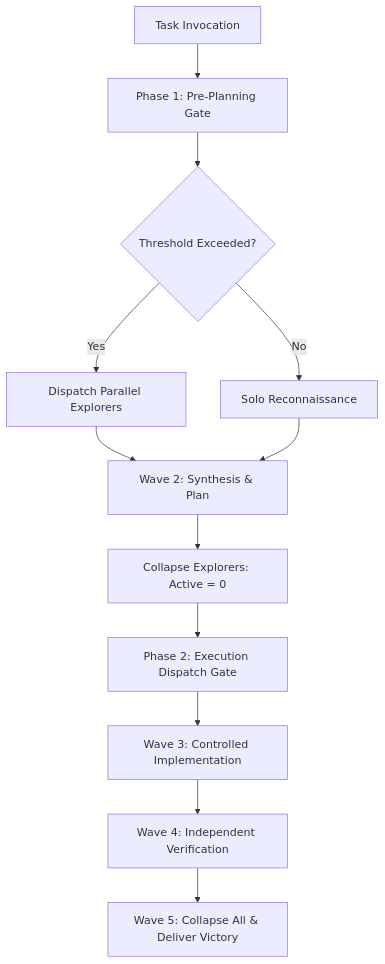
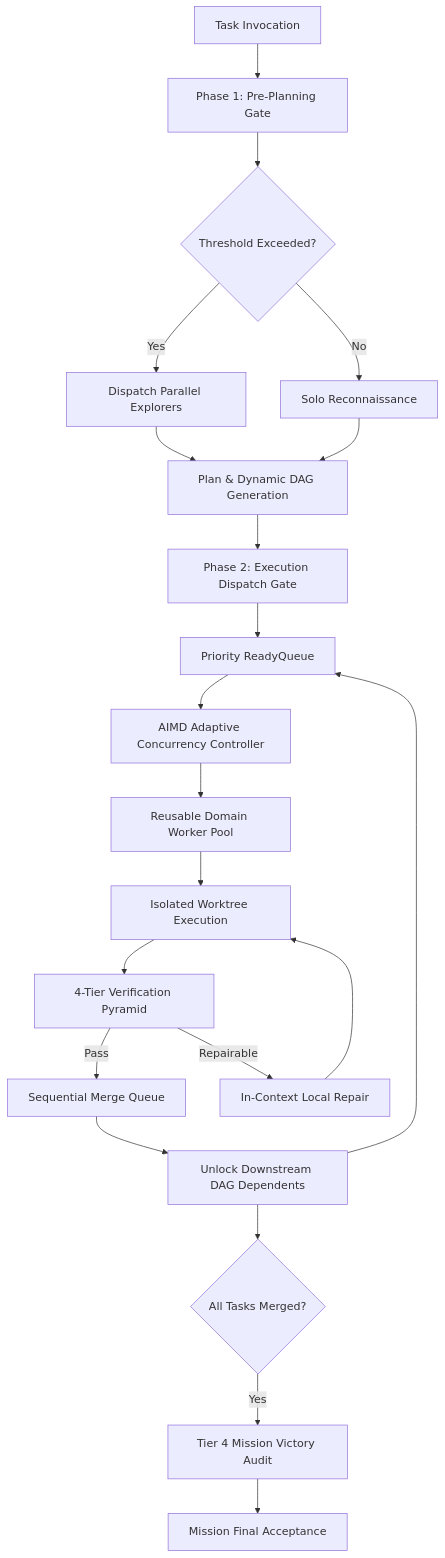
The diagram in README.md (naksh-07/adaptive-orchestrator), drawn with Mermaid before and after one commit. The commit also changed other lines of this file and 29 other files, not shown here.

Commit message:
feat(v5): complete v5.0.0 final semantic audit, bug fixes, and production hardening

````diff
--- a/README.md
+++ b/README.md
@@ -44,14 +45,23 @@
 ```mermaid
 graph TD
     A[Task Invocation] --> B[Phase 1: Pre-Planning Gate]
     B --> C{Threshold Exceeded?}
     C -->|Yes| D[Dispatch Parallel Explorers]
     C -->|No| E[Solo Reconnaissance]
-    D --> F[Wave 2: Synthesis & Plan]
+    D --> F[Plan & Dynamic DAG Generation]
     E --> F
-    F --> G[Collapse Explorers: Active = 0]
-    G --> H[Phase 2: Execution Dispatch Gate]
-    H --> I[Wave 3: Controlled Implementation]
-    I --> J[Wave 4: Independent Verification]
-    J --> K[Wave 5: Collapse All & Deliver Victory]
+    F --> G[Phase 2: Execution Dispatch Gate]
+    G --> H[Priority ReadyQueue]
+    H --> I[AIMD Adaptive Concurrency Controller]
+    I --> J[Reusable Domain Worker Pool]
+    J --> K[Isolated Worktree Execution]
+    K --> L[4-Tier Verification Pyramid]
+    L -->|Pass| M[Sequential Merge Queue]
+    L -->|Repairable| N[In-Context Local Repair]
+    N --> K
+    M --> O[Unlock Downstream DAG Dependents]
+    O --> H
+    O --> P{All Tasks Merged?}
+    P -->|Yes| Q[Tier 4 Mission Victory Audit]
+    Q --> R[Mission Final Acceptance]
 ```
````
